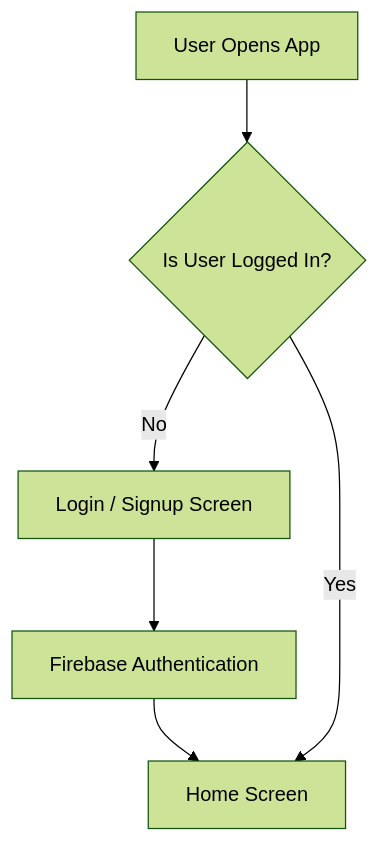
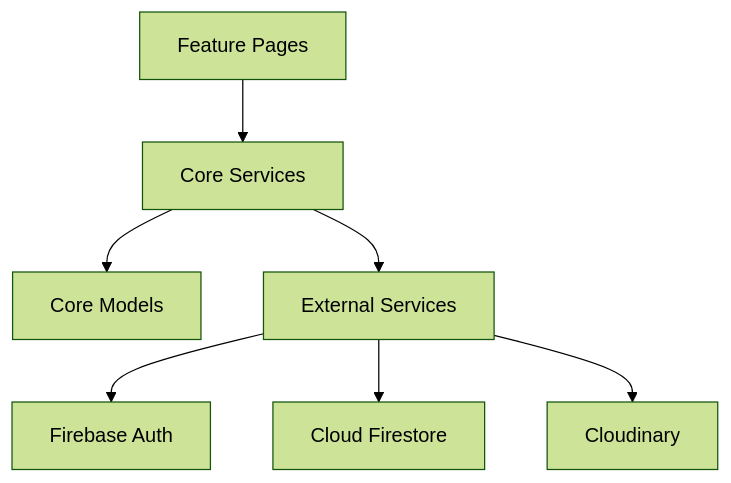
One commit to cybercomet-07/CardVault changed the second of 5 diagrams in architecture.md. Above: the diagram before and after it, drawn with Mermaid (forest theme). The commit also changed other lines of this file and 28 other files, not shown here.

````diff
--- a/architecture.md
+++ b/architecture.md
@@ -73,8 +34,9 @@
 ```mermaid
 flowchart TD
-    A[User Opens App] --> B{Is User Logged In?}
-    B -- No --> C[Login / Signup Screen]
-    C --> D[Firebase Authentication]
-    D --> E[Home Screen]
-    B -- Yes --> E[Home Screen]
+    UI[Feature Pages] --> CORE[Core Services]
+    CORE --> MODELS[Core Models]
+    CORE --> EXT[External Services]
+    EXT --> AUTH[Firebase Auth]
+    EXT --> FIRESTORE[Cloud Firestore]
+    EXT --> CLOUDINARY[Cloudinary]
 ```
````
